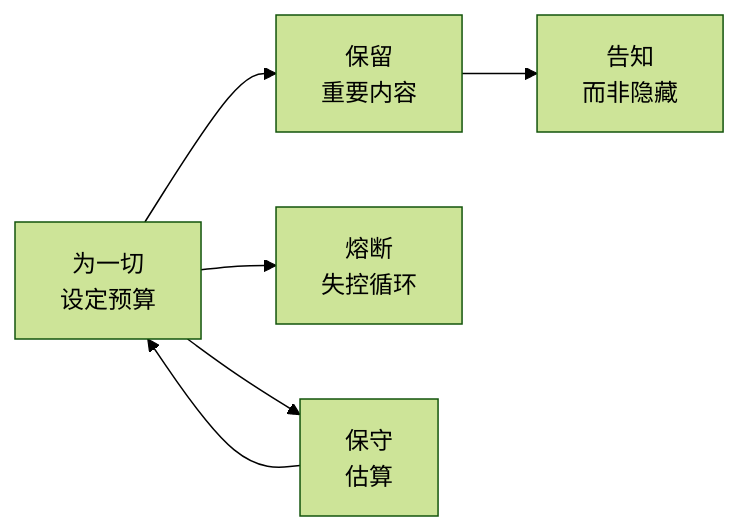
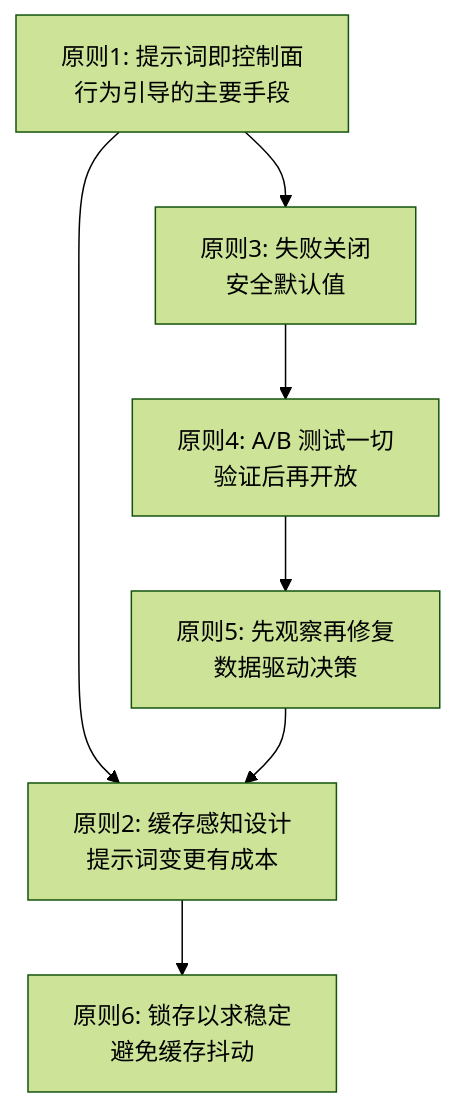
The diagram in book/src/part7/ch25.md (goldtoad6/harness-engineering-from-cc-to-ai-coding), drawn with Mermaid (forest theme) before and after one commit. The commit also changed other lines of this file and 14 other files, not shown here.

````diff
--- a/book/src/part7/ch25.md
+++ b/book/src/part7/ch25.md
@@ -177,8 +234,9 @@
 ```mermaid
-graph LR
-    A["为一切<br/>设定预算"] --> B["保留<br/>重要内容"]
-    B --> C["告知<br/>而非隐藏"]
-    A --> D["熔断<br/>失控循环"]
-    A --> E["保守<br/>估算"]
-    E --> A
+graph TD
+    A["原则1: 提示词即控制面<br/>行为引导的主要手段"] --> B["原则2: 缓存感知设计<br/>提示词变更有成本"]
+    B --> F["原则6: 锁存以求稳定<br/>避免缓存抖动"]
+    A --> C["原则3: 失败关闭<br/>安全默认值"]
+    C --> D["原则4: A/B 测试一切<br/>验证后再开放"]
+    D --> E["原则5: 先观察再修复<br/>数据驱动决策"]
+    E --> B
 ```
````
